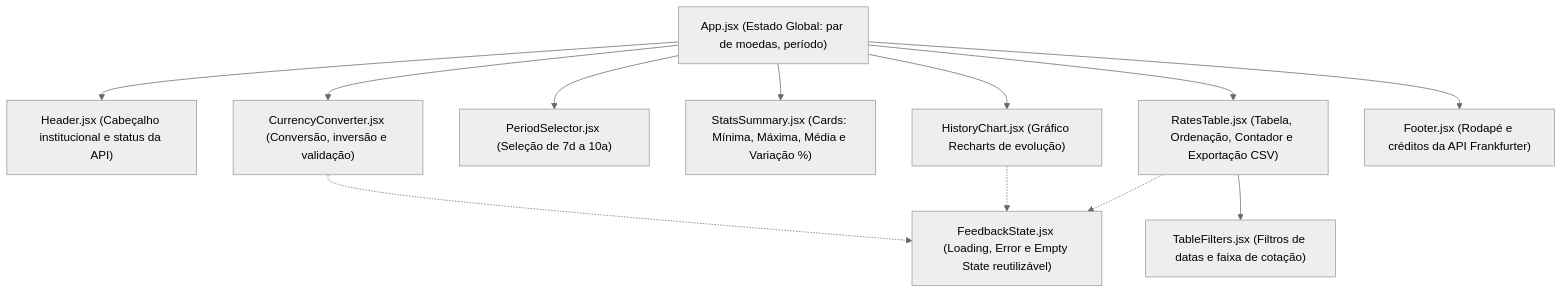
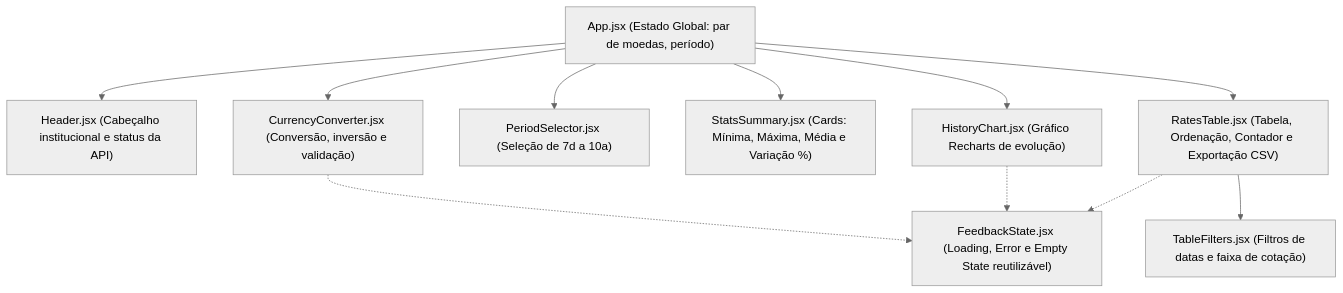
Before and after one commit to RenanNunesz10/exchange-app: the diagram in docs/COMPONENTS.md, drawn with Mermaid (neutral theme). The commit also changed other lines of this file and 6 other files, not shown here.

Commit message:
refactor: remove footer texts and header api status badge

````diff
--- a/docs/COMPONENTS.md
+++ b/docs/COMPONENTS.md
@@ -14,26 +14,24 @@
 ```mermaid
 flowchart TD
     App["App.jsx (Estado Global: par de moedas, período)"]
     Header["Header.jsx (Cabeçalho institucional e status da API)"]
     Converter["CurrencyConverter.jsx (Conversão, inversão e validação)"]
     PeriodSelector["PeriodSelector.jsx (Seleção de 7d a 10a)"]
     StatsSummary["StatsSummary.jsx (Cards: Mínima, Máxima, Média e Variação %)"]
     HistoryChart["HistoryChart.jsx (Gráfico Recharts de evolução)"]
     RatesTable["RatesTable.jsx (Tabela, Ordenação, Contador e Exportação CSV)"]
     TableFilters["TableFilters.jsx (Filtros de datas e faixa de cotação)"]
     FeedbackState["FeedbackState.jsx (Loading, Error e Empty State reutilizável)"]
-    Footer["Footer.jsx (Rodapé e créditos da API Frankfurter)"]
 
     App --> Header
     App --> Converter
     App --> PeriodSelector
     App --> StatsSummary
     App --> HistoryChart
     App --> RatesTable
-    App --> Footer
 
     RatesTable --> TableFilters
     Converter -.-> FeedbackState
     HistoryChart -.-> FeedbackState
     RatesTable -.-> FeedbackState
 ```
````
